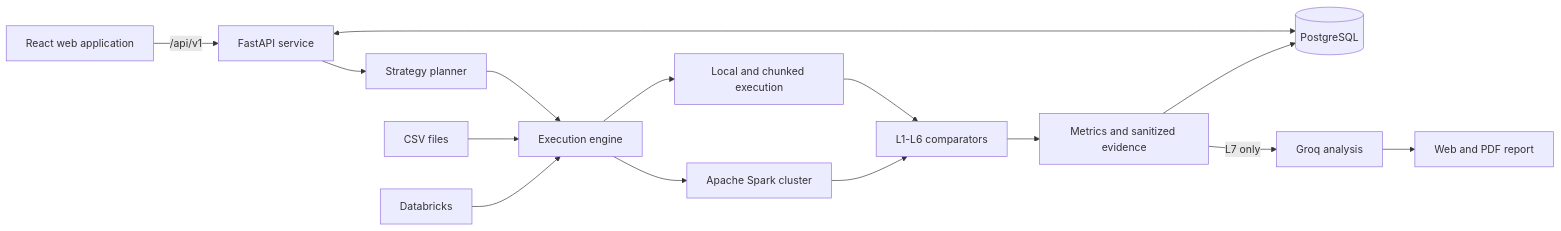
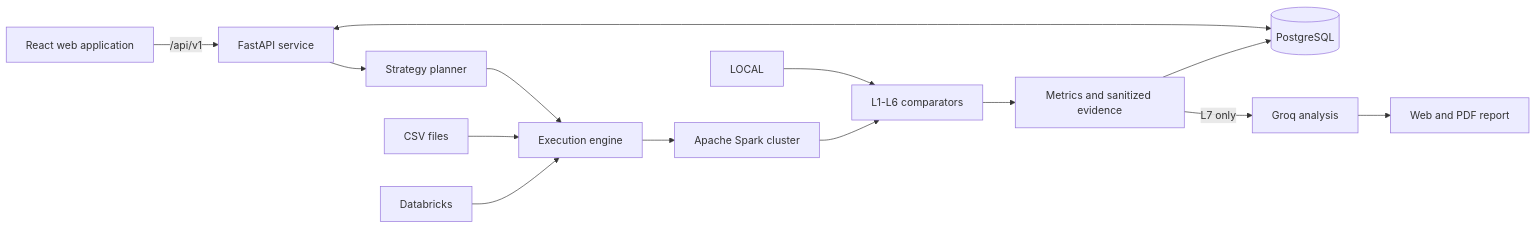
One commit to Manjunatha184/Intelligent-Data-Comparator changed the diagram in README.md. Above: the diagram before and after it, drawn with Mermaid.

````diff
--- a/README.md
+++ b/README.md
@@ -54,17 +54,16 @@
 ```mermaid
 flowchart LR
     UI[React web application] -->|/api/v1| API[FastAPI service]
     API --> PLAN[Strategy planner]
     PLAN --> EXEC[Execution engine]
-    EXEC --> LOCAL[Local and chunked execution]
     EXEC --> SPARK[Apache Spark cluster]
     LOCAL --> COMP[L1-L6 comparators]
     SPARK --> COMP
     CSV[CSV files] --> EXEC
     DBX[Databricks] --> EXEC
     API <--> PG[(PostgreSQL)]
     COMP --> EVIDENCE[Metrics and sanitized evidence]
     EVIDENCE --> PG
     EVIDENCE -->|L7 only| LLM[Groq analysis]
     LLM --> REPORT[Web and PDF report]
 ```
````
